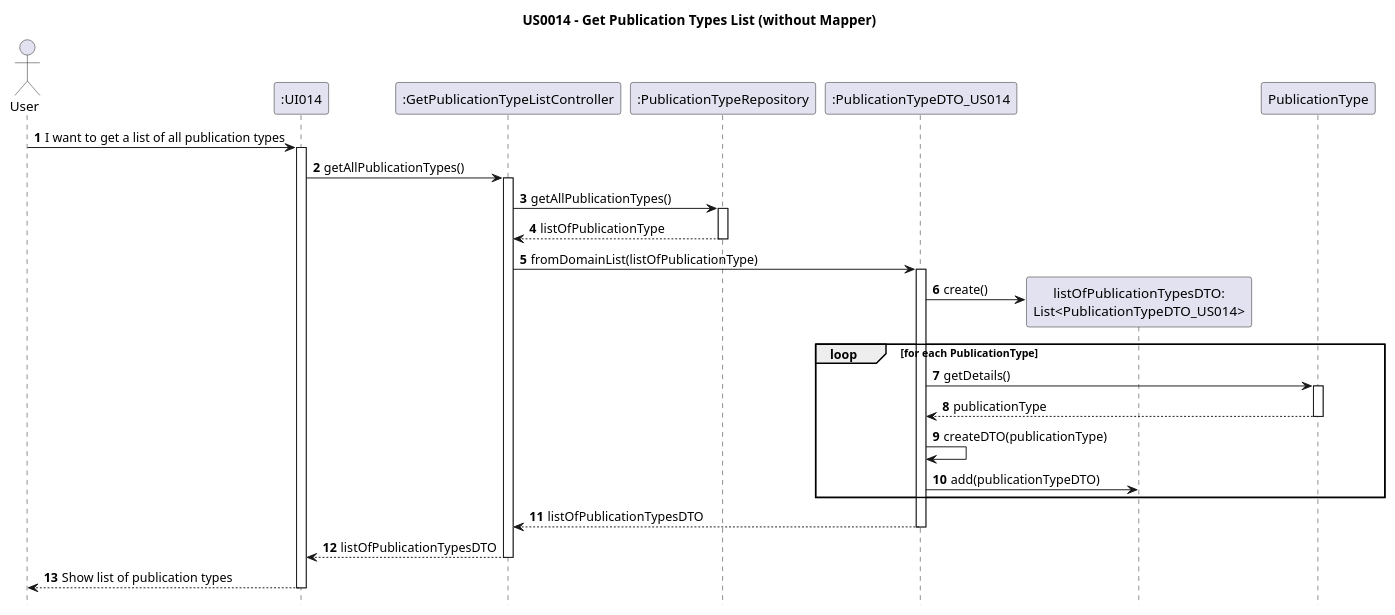
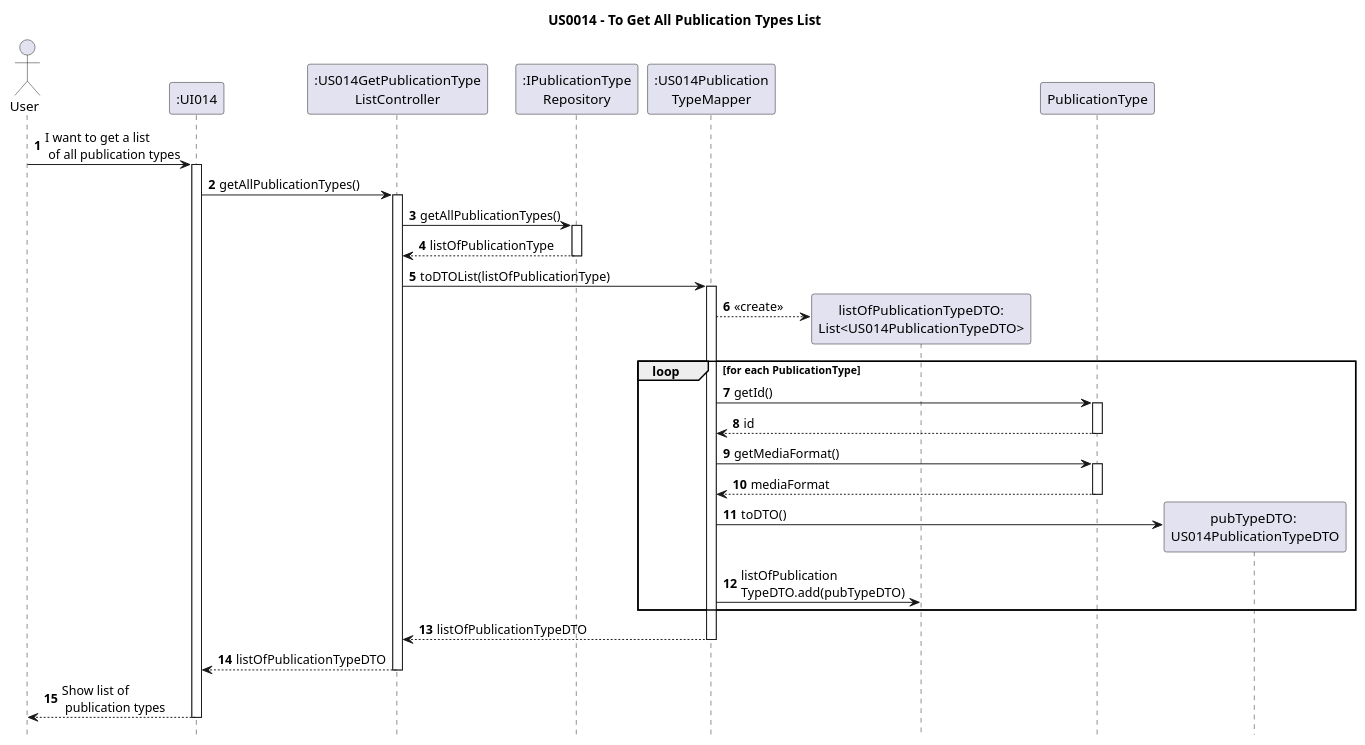
One commit to AndrePereiraGitH/SWitCH-Project-Team_A changed the diagram in Diagrams/SequenceDiagrams/N2/US014-to-get-publication-type-list.puml. Above: the diagram before and after it, drawn with PlantUML. The commit also changed 1 other file, not shown here.

```diff
--- a/Diagrams/SequenceDiagrams/N2/US014-to-get-publication-type-list.puml
+++ b/Diagrams/SequenceDiagrams/N2/US014-to-get-publication-type-list.puml
@@ -1,49 +1,54 @@
 @startuml
 autonumber
 hide footbox
-title US0014 - Get Publication Types List (without Mapper)
+title US0014 - To Get All Publication Types List
 
 actor User
 
 participant ":UI014" as UI
-participant ":GetPublicationTypeListController" as C
-participant ":PublicationTypeRepository" as PTR
-participant ":PublicationTypeDTO_US014" as DTO
+participant ":US014GetPublicationType\nListController" as C
+participant ":IPublicationType\nRepository" as PTR
+participant ":US014Publication\nTypeMapper" as MAPPER
 
-User -> UI : I want to get a list of all publication types
+User -> UI : I want to get a list\n of all publication types
 activate UI
 
 UI -> C : getAllPublicationTypes()
 activate C
 
 C -> PTR : getAllPublicationTypes()
 activate PTR
 
 PTR --> C : listOfPublicationType
 deactivate PTR
 
-C -> DTO : fromDomainList(listOfPublicationType)
-activate DTO
+C -> MAPPER : toDTOList(listOfPublicationType)
+activate MAPPER
 
-create "listOfPublicationTypesDTO:\nList<PublicationTypeDTO_US014>" as listDTO
-DTO -> listDTO : create()
+create "listOfPublicationTypeDTO:\nList<US014PublicationTypeDTO>" as listDTO
+MAPPER --> listDTO : <<create>>
 
 loop for each PublicationType
-    DTO -> "PublicationType" : getDetails()
+    MAPPER -> "PublicationType" : getId()
     activate PublicationType
-    PublicationType --> DTO : publicationType
+    PublicationType --> MAPPER : id
     deactivate PublicationType
-    DTO -> DTO : createDTO(publicationType)
-    DTO -> listDTO : add(publicationTypeDTO)
+    MAPPER -> "PublicationType" : getMediaFormat()
+    activate PublicationType
+    PublicationType --> MAPPER : mediaFormat
+    deactivate PublicationType
+    create "pubTypeDTO: \nUS014PublicationTypeDTO" as pubTypeDTO
+    MAPPER -> pubTypeDTO : toDTO()
+    MAPPER -> listDTO: listOfPublication\nTypeDTO.add(pubTypeDTO)
 end
 
-DTO --> C : listOfPublicationTypesDTO
-deactivate DTO
+MAPPER --> C : listOfPublicationTypeDTO
+deactivate MAPPER
 
-C --> UI : listOfPublicationTypesDTO
+C --> UI : listOfPublicationTypeDTO
 deactivate C
 
-UI --> User : Show list of publication types
+UI --> User : Show list of\n publication types
 deactivate UI
 
 @enduml
```
